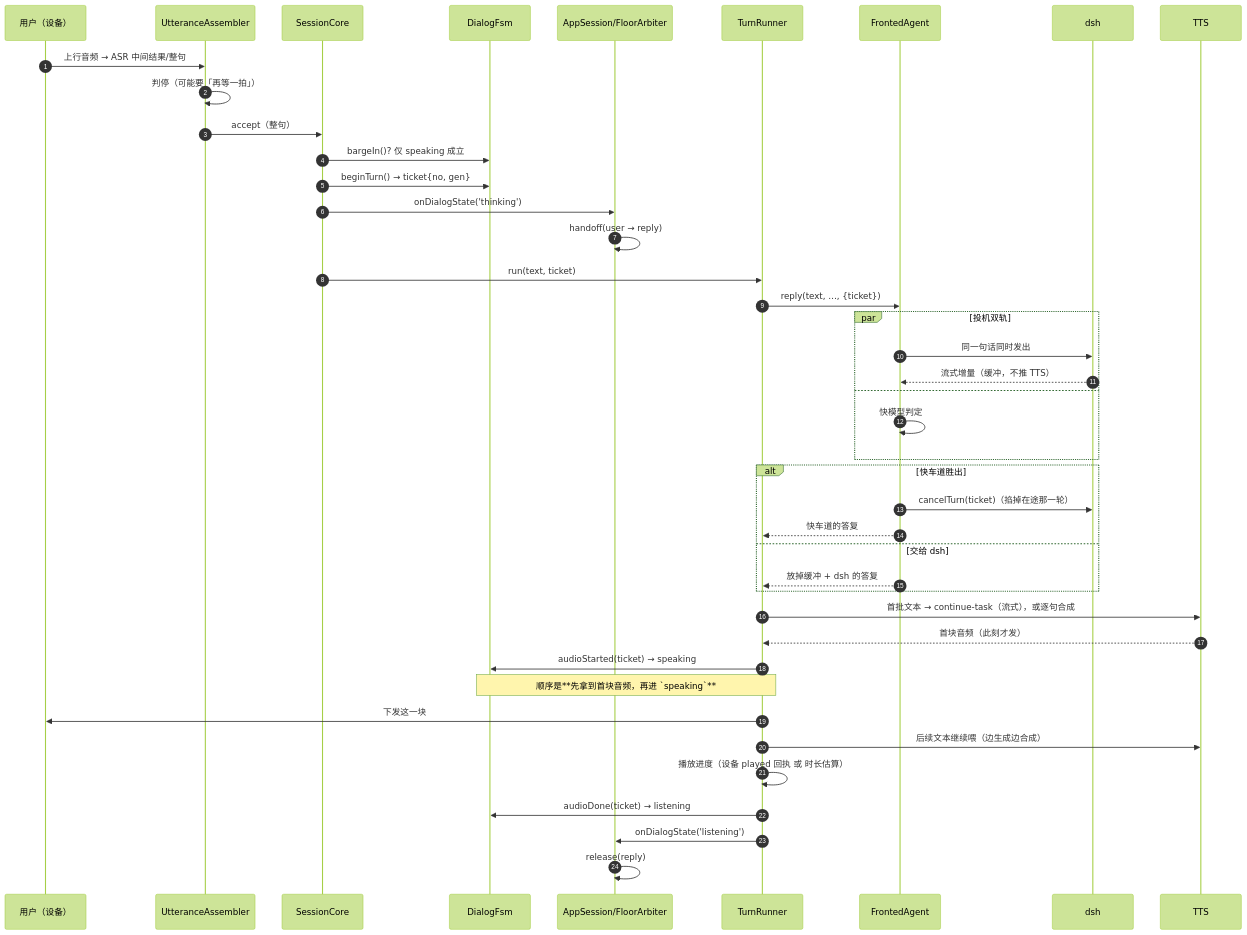
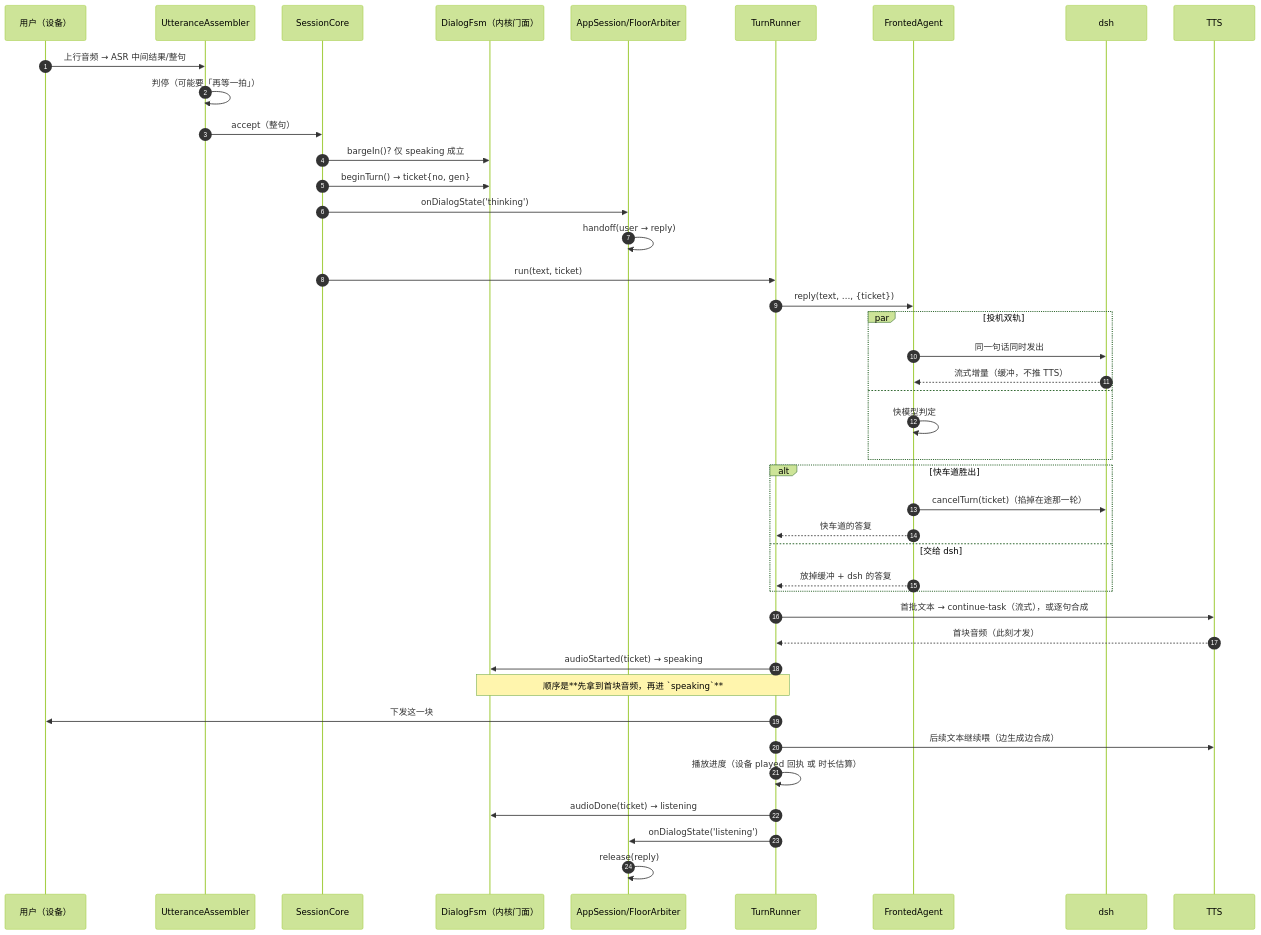
The eighth of 11 diagrams in docs/state-machines.md (slchy/dsh-pet-wearable), drawn with Mermaid (forest theme) before and after one commit. The commit also changed other lines of this file and 9 other files, not shown here.

````diff
--- a/docs/state-machines.md
+++ b/docs/state-machines.md
@@ -713,45 +769,45 @@
 ```mermaid
 sequenceDiagram
     autonumber
     participant U as 用户（设备）
     participant A as UtteranceAssembler
     participant SC as SessionCore
-    participant FSM as DialogFsm
+    participant FSM as DialogFsm（内核门面）
     participant AS as AppSession/FloorArbiter
     participant TR as TurnRunner
     participant FA as FrontedAgent
     participant D as dsh
     participant T as TTS
 
     U->>A: 上行音频 → ASR 中间结果/整句
     A->>A: 判停（可能要「再等一拍」）
     A->>SC: accept（整句）
     SC->>FSM: bargeIn()? 仅 speaking 成立
     SC->>FSM: beginTurn() → ticket{no, gen}
     SC->>AS: onDialogState('thinking')
     AS->>AS: handoff(user → reply)
     SC->>TR: run(text, ticket)
     TR->>FA: reply(text, …, {ticket})
     par 投机双轨
         FA->>D: 同一句话同时发出
         D-->>FA: 流式增量（缓冲，不推 TTS）
     and
         FA->>FA: 快模型判定
     end
     alt 快车道胜出
         FA->>D: cancelTurn(ticket)（掐掉在途那一轮）
         FA-->>TR: 快车道的答复
     else 交给 dsh
         FA-->>TR: 放掉缓冲 + dsh 的答复
     end
     TR->>T: 首批文本 → continue-task（流式），或逐句合成
     T-->>TR: 首块音频（此刻才发）
     TR->>FSM: audioStarted(ticket) → speaking
     Note over TR,FSM: 顺序是**先拿到首块音频，再进 `speaking`**
     TR->>U: 下发这一块
     TR->>T: 后续文本继续喂（边生成边合成）
     TR->>TR: 播放进度（设备 played 回执 或 时长估算）
     TR->>FSM: audioDone(ticket) → listening
     TR->>AS: onDialogState('listening')
     AS->>AS: release(reply)
 ```
````
